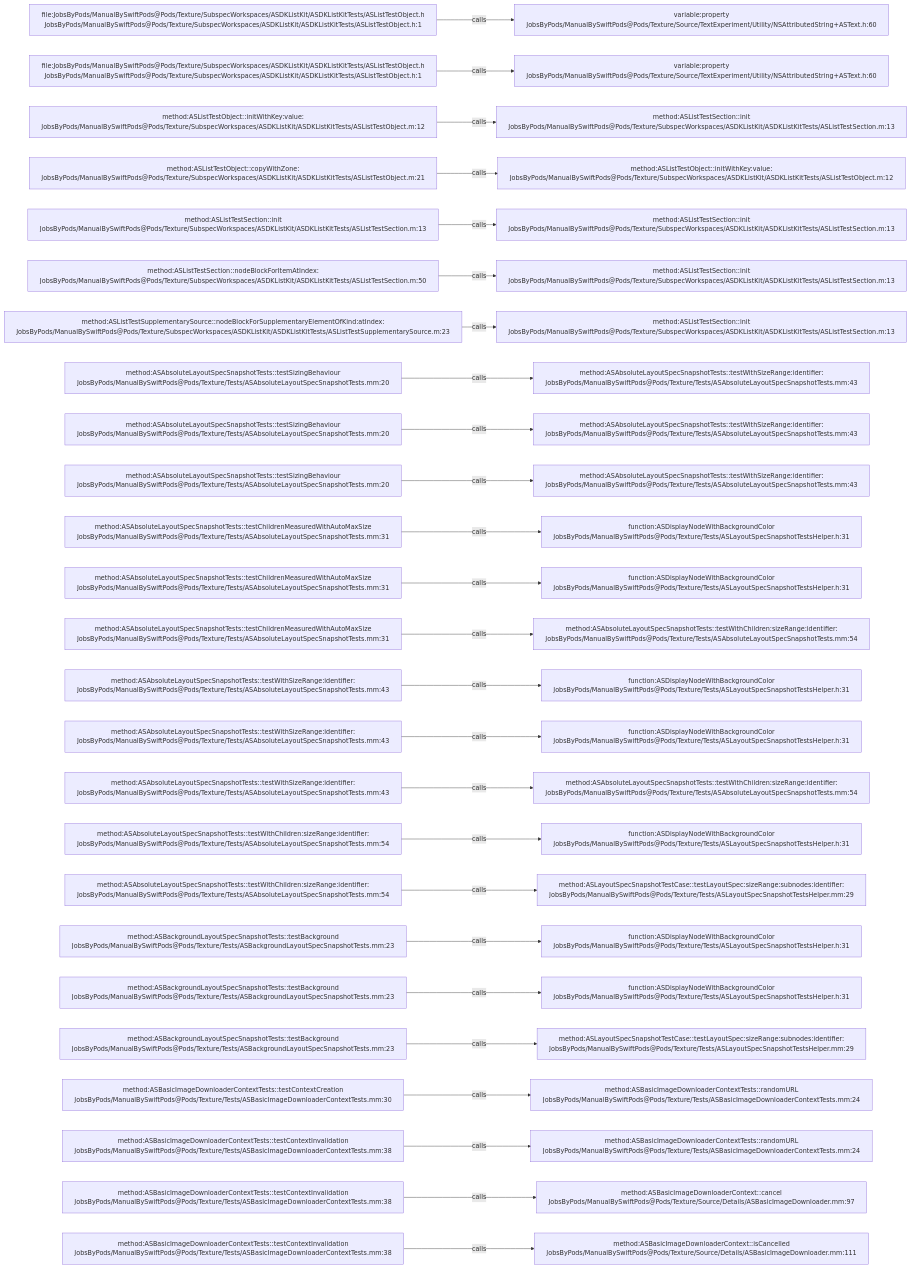
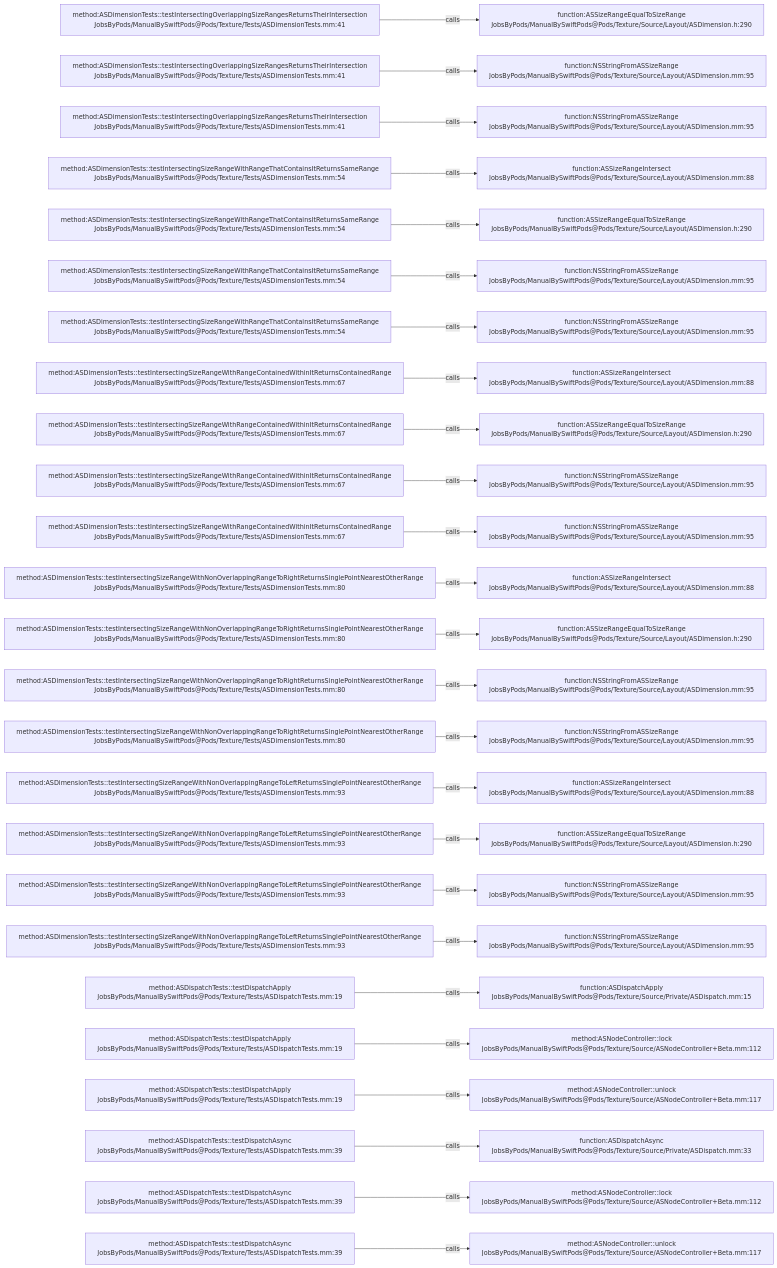
One commit to JobsKits/JobsSwiftBaseConfigDemo changed the diagram in .codegraph/codegraph.md/graphs/calls-179.md. Above: the diagram before and after it, drawn with Mermaid. The commit also changed 832 other files, not shown here.

````diff
--- a/.codegraph/codegraph.md/graphs/calls-179.md
+++ b/.codegraph/codegraph.md/graphs/calls-179.md
@@ -13,78 +13,78 @@
 ```mermaid
 flowchart LR
-  S1["file:JobsByPods/ManualBySwiftPods@Pods/Texture/SubspecWorkspaces/ASDKListKit/ASDKListKitTests/ASListTestObject.h<br/>JobsByPods/ManualBySwiftPods@Pods/Texture/SubspecWorkspaces/ASDKListKit/ASDKListKitTests/ASListTestObject.h:1"]
-  T1["variable:property<br/>JobsByPods/ManualBySwiftPods@Pods/Texture/Source/TextExperiment/Utility/NSAttributedString+ASText.h:60"]
+  S1["method:ASDimensionTests::testIntersectingOverlappingSizeRangesReturnsTheirIntersection<br/>JobsByPods/ManualBySwiftPods@Pods/Texture/Tests/ASDimensionTests.mm:41"]
+  T1["function:ASSizeRangeEqualToSizeRange<br/>JobsByPods/ManualBySwiftPods@Pods/Texture/Source/Layout/ASDimension.h:290"]
   S1 -->|calls| T1
-  S2["file:JobsByPods/ManualBySwiftPods@Pods/Texture/SubspecWorkspaces/ASDKListKit/ASDKListKitTests/ASListTestObject.h<br/>JobsByPods/ManualBySwiftPods@Pods/Texture/SubspecWorkspaces/ASDKListKit/ASDKListKitTests/ASListTestObject.h:1"]
-  T2["variable:property<br/>JobsByPods/ManualBySwiftPods@Pods/Texture/Source/TextExperiment/Utility/NSAttributedString+ASText.h:60"]
+  S2["method:ASDimensionTests::testIntersectingOverlappingSizeRangesReturnsTheirIntersection<br/>JobsByPods/ManualBySwiftPods@Pods/Texture/Tests/ASDimensionTests.mm:41"]
+  T2["function:NSStringFromASSizeRange<br/>JobsByPods/ManualBySwiftPods@Pods/Texture/Source/Layout/ASDimension.mm:95"]
   S2 -->|calls| T2
-  S3["method:ASListTestObject::initWithKey:value:<br/>JobsByPods/ManualBySwiftPods@Pods/Texture/SubspecWorkspaces/ASDKListKit/ASDKListKitTests/ASListTestObject.m:12"]
-  T3["method:ASListTestSection::init<br/>JobsByPods/ManualBySwiftPods@Pods/Texture/SubspecWorkspaces/ASDKListKit/ASDKListKitTests/ASListTestSection.m:13"]
+  S3["method:ASDimensionTests::testIntersectingOverlappingSizeRangesReturnsTheirIntersection<br/>JobsByPods/ManualBySwiftPods@Pods/Texture/Tests/ASDimensionTests.mm:41"]
+  T3["function:NSStringFromASSizeRange<br/>JobsByPods/ManualBySwiftPods@Pods/Texture/Source/Layout/ASDimension.mm:95"]
   S3 -->|calls| T3
-  S4["method:ASListTestObject::copyWithZone:<br/>JobsByPods/ManualBySwiftPods@Pods/Texture/SubspecWorkspaces/ASDKListKit/ASDKListKitTests/ASListTestObject.m:21"]
-  T4["method:ASListTestObject::initWithKey:value:<br/>JobsByPods/ManualBySwiftPods@Pods/Texture/SubspecWorkspaces/ASDKListKit/ASDKListKitTests/ASListTestObject.m:12"]
+  S4["method:ASDimensionTests::testIntersectingSizeRangeWithRangeThatContainsItReturnsSameRange<br/>JobsByPods/ManualBySwiftPods@Pods/Texture/Tests/ASDimensionTests.mm:54"]
+  T4["function:ASSizeRangeIntersect<br/>JobsByPods/ManualBySwiftPods@Pods/Texture/Source/Layout/ASDimension.mm:88"]
   S4 -->|calls| T4
-  S5["method:ASListTestSection::init<br/>JobsByPods/ManualBySwiftPods@Pods/Texture/SubspecWorkspaces/ASDKListKit/ASDKListKitTests/ASListTestSection.m:13"]
-  T5["method:ASListTestSection::init<br/>JobsByPods/ManualBySwiftPods@Pods/Texture/SubspecWorkspaces/ASDKListKit/ASDKListKitTests/ASListTestSection.m:13"]
+  S5["method:ASDimensionTests::testIntersectingSizeRangeWithRangeThatContainsItReturnsSameRange<br/>JobsByPods/ManualBySwiftPods@Pods/Texture/Tests/ASDimensionTests.mm:54"]
+  T5["function:ASSizeRangeEqualToSizeRange<br/>JobsByPods/ManualBySwiftPods@Pods/Texture/Source/Layout/ASDimension.h:290"]
   S5 -->|calls| T5
-  S6["method:ASListTestSection::nodeBlockForItemAtIndex:<br/>JobsByPods/ManualBySwiftPods@Pods/Texture/SubspecWorkspaces/ASDKListKit/ASDKListKitTests/ASListTestSection.m:50"]
-  T6["method:ASListTestSection::init<br/>JobsByPods/ManualBySwiftPods@Pods/Texture/SubspecWorkspaces/ASDKListKit/ASDKListKitTests/ASListTestSection.m:13"]
+  S6["method:ASDimensionTests::testIntersectingSizeRangeWithRangeThatContainsItReturnsSameRange<br/>JobsByPods/ManualBySwiftPods@Pods/Texture/Tests/ASDimensionTests.mm:54"]
+  T6["function:NSStringFromASSizeRange<br/>JobsByPods/ManualBySwiftPods@Pods/Texture/Source/Layout/ASDimension.mm:95"]
   S6 -->|calls| T6
-  S7["method:ASListTestSupplementarySource::nodeBlockForSupplementaryElementOfKind:atIndex:<br/>JobsByPods/ManualBySwiftPods@Pods/Texture/SubspecWorkspaces/ASDKListKit/ASDKListKitTests/ASListTestSupplementarySource.m:23"]
-  T7["method:ASListTestSection::init<br/>JobsByPods/ManualBySwiftPods@Pods/Texture/SubspecWorkspaces/ASDKListKit/ASDKListKitTests/ASListTestSection.m:13"]
+  S7["method:ASDimensionTests::testIntersectingSizeRangeWithRangeThatContainsItReturnsSameRange<br/>JobsByPods/ManualBySwiftPods@Pods/Texture/Tests/ASDimensionTests.mm:54"]
+  T7["function:NSStringFromASSizeRange<br/>JobsByPods/ManualBySwiftPods@Pods/Texture/Source/Layout/ASDimension.mm:95"]
   S7 -->|calls| T7
-  S8["method:ASAbsoluteLayoutSpecSnapshotTests::testSizingBehaviour<br/>JobsByPods/ManualBySwiftPods@Pods/Texture/Tests/ASAbsoluteLayoutSpecSnapshotTests.mm:20"]
-  T8["method:ASAbsoluteLayoutSpecSnapshotTests::testWithSizeRange:identifier:<br/>JobsByPods/ManualBySwiftPods@Pods/Texture/Tests/ASAbsoluteLayoutSpecSnapshotTests.mm:43"]
+  S8["method:ASDimensionTests::testIntersectingSizeRangeWithRangeContainedWithinItReturnsContainedRange<br/>JobsByPods/ManualBySwiftPods@Pods/Texture/Tests/ASDimensionTests.mm:67"]
+  T8["function:ASSizeRangeIntersect<br/>JobsByPods/ManualBySwiftPods@Pods/Texture/Source/Layout/ASDimension.mm:88"]
   S8 -->|calls| T8
-  S9["method:ASAbsoluteLayoutSpecSnapshotTests::testSizingBehaviour<br/>JobsByPods/ManualBySwiftPods@Pods/Texture/Tests/ASAbsoluteLayoutSpecSnapshotTests.mm:20"]
-  T9["method:ASAbsoluteLayoutSpecSnapshotTests::testWithSizeRange:identifier:<br/>JobsByPods/ManualBySwiftPods@Pods/Texture/Tests/ASAbsoluteLayoutSpecSnapshotTests.mm:43"]
+  S9["method:ASDimensionTests::testIntersectingSizeRangeWithRangeContainedWithinItReturnsContainedRange<br/>JobsByPods/ManualBySwiftPods@Pods/Texture/Tests/ASDimensionTests.mm:67"]
+  T9["function:ASSizeRangeEqualToSizeRange<br/>JobsByPods/ManualBySwiftPods@Pods/Texture/Source/Layout/ASDimension.h:290"]
   S9 -->|calls| T9
-  S10["method:ASAbsoluteLayoutSpecSnapshotTests::testSizingBehaviour<br/>JobsByPods/ManualBySwiftPods@Pods/Texture/Tests/ASAbsoluteLayoutSpecSnapshotTests.mm:20"]
-  T10["method:ASAbsoluteLayoutSpecSnapshotTests::testWithSizeRange:identifier:<br/>JobsByPods/ManualBySwiftPods@Pods/Texture/Tests/ASAbsoluteLayoutSpecSnapshotTests.mm:43"]
+  S10["method:ASDimensionTests::testIntersectingSizeRangeWithRangeContainedWithinItReturnsContainedRange<br/>JobsByPods/ManualBySwiftPods@Pods/Texture/Tests/ASDimensionTests.mm:67"]
+  T10["function:NSStringFromASSizeRange<br/>JobsByPods/ManualBySwiftPods@Pods/Texture/Source/Layout/ASDimension.mm:95"]
   S10 -->|calls| T10
-  S11["method:ASAbsoluteLayoutSpecSnapshotTests::testChildrenMeasuredWithAutoMaxSize<br/>JobsByPods/ManualBySwiftPods@Pods/Texture/Tests/ASAbsoluteLayoutSpecSnapshotTests.mm:31"]
-  T11["function:ASDisplayNodeWithBackgroundColor<br/>JobsByPods/ManualBySwiftPods@Pods/Texture/Tests/ASLayoutSpecSnapshotTestsHelper.h:31"]
+  S11["method:ASDimensionTests::testIntersectingSizeRangeWithRangeContainedWithinItReturnsContainedRange<br/>JobsByPods/ManualBySwiftPods@Pods/Texture/Tests/ASDimensionTests.mm:67"]
+  T11["function:NSStringFromASSizeRange<br/>JobsByPods/ManualBySwiftPods@Pods/Texture/Source/Layout/ASDimension.mm:95"]
   S11 -->|calls| T11
-  S12["method:ASAbsoluteLayoutSpecSnapshotTests::testChildrenMeasuredWithAutoMaxSize<br/>JobsByPods/ManualBySwiftPods@Pods/Texture/Tests/ASAbsoluteLayoutSpecSnapshotTests.mm:31"]
-  T12["function:ASDisplayNodeWithBackgroundColor<br/>JobsByPods/ManualBySwiftPods@Pods/Texture/Tests/ASLayoutSpecSnapshotTestsHelper.h:31"]
+  S12["method:ASDimensionTests::testIntersectingSizeRangeWithNonOverlappingRangeToRightReturnsSinglePointNearestOtherRange<br/>JobsByPods/ManualBySwiftPods@Pods/Texture/Tests/ASDimensionTests.mm:80"]
+  T12["function:ASSizeRangeIntersect<br/>JobsByPods/ManualBySwiftPods@Pods/Texture/Source/Layout/ASDimension.mm:88"]
   S12 -->|calls| T12
-  S13["method:ASAbsoluteLayoutSpecSnapshotTests::testChildrenMeasuredWithAutoMaxSize<br/>JobsByPods/ManualBySwiftPods@Pods/Texture/Tests/ASAbsoluteLayoutSpecSnapshotTests.mm:31"]
-  T13["method:ASAbsoluteLayoutSpecSnapshotTests::testWithChildren:sizeRange:identifier:<br/>JobsByPods/ManualBySwiftPods@Pods/Texture/Tests/ASAbsoluteLayoutSpecSnapshotTests.mm:54"]
+  S13["method:ASDimensionTests::testIntersectingSizeRangeWithNonOverlappingRangeToRightReturnsSinglePointNearestOtherRange<br/>JobsByPods/ManualBySwiftPods@Pods/Texture/Tests/ASDimensionTests.mm:80"]
+  T13["function:ASSizeRangeEqualToSizeRange<br/>JobsByPods/ManualBySwiftPods@Pods/Texture/Source/Layout/ASDimension.h:290"]
   S13 -->|calls| T13
-  S14["method:ASAbsoluteLayoutSpecSnapshotTests::testWithSizeRange:identifier:<br/>JobsByPods/ManualBySwiftPods@Pods/Texture/Tests/ASAbsoluteLayoutSpecSnapshotTests.mm:43"]
-  T14["function:ASDisplayNodeWithBackgroundColor<br/>JobsByPods/ManualBySwiftPods@Pods/Texture/Tests/ASLayoutSpecSnapshotTestsHelper.h:31"]
+  S14["method:ASDimensionTests::testIntersectingSizeRangeWithNonOverlappingRangeToRightReturnsSinglePointNearestOtherRange<br/>JobsByPods/ManualBySwiftPods@Pods/Texture/Tests/ASDimensionTests.mm:80"]
+  T14["function:NSStringFromASSizeRange<br/>JobsByPods/ManualBySwiftPods@Pods/Texture/Source/Layout/ASDimension.mm:95"]
   S14 -->|calls| T14
-  S15["method:ASAbsoluteLayoutSpecSnapshotTests::testWithSizeRange:identifier:<br/>JobsByPods/ManualBySwiftPods@Pods/Texture/Tests/ASAbsoluteLayoutSpecSnapshotTests.mm:43"]
-  T15["function:ASDisplayNodeWithBackgroundColor<br/>JobsByPods/ManualBySwiftPods@Pods/Texture/Tests/ASLayoutSpecSnapshotTestsHelper.h:31"]
+  S15["method:ASDimensionTests::testIntersectingSizeRangeWithNonOverlappingRangeToRightReturnsSinglePointNearestOtherRange<br/>JobsByPods/ManualBySwiftPods@Pods/Texture/Tests/ASDimensionTests.mm:80"]
+  T15["function:NSStringFromASSizeRange<br/>JobsByPods/ManualBySwiftPods@Pods/Texture/Source/Layout/ASDimension.mm:95"]
   S15 -->|calls| T15
-  S16["method:ASAbsoluteLayoutSpecSnapshotTests::testWithSizeRange:identifier:<br/>JobsByPods/ManualBySwiftPods@Pods/Texture/Tests/ASAbsoluteLayoutSpecSnapshotTests.mm:43"]
-  T16["method:ASAbsoluteLayoutSpecSnapshotTests::testWithChildren:sizeRange:identifier:<br/>JobsByPods/ManualBySwiftPods@Pods/Texture/Tests/ASAbsoluteLayoutSpecSnapshotTests.mm:54"]
+  S16["method:ASDimensionTests::testIntersectingSizeRangeWithNonOverlappingRangeToLeftReturnsSinglePointNearestOtherRange<br/>JobsByPods/ManualBySwiftPods@Pods/Texture/Tests/ASDimensionTests.mm:93"]
+  T16["function:ASSizeRangeIntersect<br/>JobsByPods/ManualBySwiftPods@Pods/Texture/Source/Layout/ASDimension.mm:88"]
   S16 -->|calls| T16
-  S17["method:ASAbsoluteLayoutSpecSnapshotTests::testWithChildren:sizeRange:identifier:<br/>JobsByPods/ManualBySwiftPods@Pods/Texture/Tests/ASAbsoluteLayoutSpecSnapshotTests.mm:54"]
-  T17["function:ASDisplayNodeWithBackgroundColor<br/>JobsByPods/ManualBySwiftPods@Pods/Texture/Tests/ASLayoutSpecSnapshotTestsHelper.h:31"]
+  S17["method:ASDimensionTests::testIntersectingSizeRangeWithNonOverlappingRangeToLeftReturnsSinglePointNearestOtherRange<br/>JobsByPods/ManualBySwiftPods@Pods/Texture/Tests/ASDimensionTests.mm:93"]
+  T17["function:ASSizeRangeEqualToSizeRange<br/>JobsByPods/ManualBySwiftPods@Pods/Texture/Source/Layout/ASDimension.h:290"]
   S17 -->|calls| T17
-  S18["method:ASAbsoluteLayoutSpecSnapshotTests::testWithChildren:sizeRange:identifier:<br/>JobsByPods/ManualBySwiftPods@Pods/Texture/Tests/ASAbsoluteLayoutSpecSnapshotTests.mm:54"]
-  T18["method:ASLayoutSpecSnapshotTestCase::testLayoutSpec:sizeRange:subnodes:identifier:<br/>JobsByPods/ManualBySwiftPods@Pods/Texture/Tests/ASLayoutSpecSnapshotTestsHelper.mm:29"]
+  S18["method:ASDimensionTests::testIntersectingSizeRangeWithNonOverlappingRangeToLeftReturnsSinglePointNearestOtherRange<br/>JobsByPods/ManualBySwiftPods@Pods/Texture/Tests/ASDimensionTests.mm:93"]
+  T18["function:NSStringFromASSizeRange<br/>JobsByPods/ManualBySwiftPods@Pods/Texture/Source/Layout/ASDimension.mm:95"]
   S18 -->|calls| T18
-  S19["method:ASBackgroundLayoutSpecSnapshotTests::testBackground<br/>JobsByPods/ManualBySwiftPods@Pods/Texture/Tests/ASBackgroundLayoutSpecSnapshotTests.mm:23"]
-  T19["function:ASDisplayNodeWithBackgroundColor<br/>JobsByPods/ManualBySwiftPods@Pods/Texture/Tests/ASLayoutSpecSnapshotTestsHelper.h:31"]
+  S19["method:ASDimensionTests::testIntersectingSizeRangeWithNonOverlappingRangeToLeftReturnsSinglePointNearestOtherRange<br/>JobsByPods/ManualBySwiftPods@Pods/Texture/Tests/ASDimensionTests.mm:93"]
+  T19["function:NSStringFromASSizeRange<br/>JobsByPods/ManualBySwiftPods@Pods/Texture/Source/Layout/ASDimension.mm:95"]
   S19 -->|calls| T19
-  S20["method:ASBackgroundLayoutSpecSnapshotTests::testBackground<br/>JobsByPods/ManualBySwiftPods@Pods/Texture/Tests/ASBackgroundLayoutSpecSnapshotTests.mm:23"]
-  T20["function:ASDisplayNodeWithBackgroundColor<br/>JobsByPods/ManualBySwiftPods@Pods/Texture/Tests/ASLayoutSpecSnapshotTestsHelper.h:31"]
+  S20["method:ASDispatchTests::testDispatchApply<br/>JobsByPods/ManualBySwiftPods@Pods/Texture/Tests/ASDispatchTests.mm:19"]
+  T20["function:ASDispatchApply<br/>JobsByPods/ManualBySwiftPods@Pods/Texture/Source/Private/ASDispatch.mm:15"]
   S20 -->|calls| T20
-  S21["method:ASBackgroundLayoutSpecSnapshotTests::testBackground<br/>JobsByPods/ManualBySwiftPods@Pods/Texture/Tests/ASBackgroundLayoutSpecSnapshotTests.mm:23"]
-  T21["method:ASLayoutSpecSnapshotTestCase::testLayoutSpec:sizeRange:subnodes:identifier:<br/>JobsByPods/ManualBySwiftPods@Pods/Texture/Tests/ASLayoutSpecSnapshotTestsHelper.mm:29"]
+  S21["method:ASDispatchTests::testDispatchApply<br/>JobsByPods/ManualBySwiftPods@Pods/Texture/Tests/ASDispatchTests.mm:19"]
+  T21["method:ASNodeController::lock<br/>JobsByPods/ManualBySwiftPods@Pods/Texture/Source/ASNodeController+Beta.mm:112"]
   S21 -->|calls| T21
-  S22["method:ASBasicImageDownloaderContextTests::testContextCreation<br/>JobsByPods/ManualBySwiftPods@Pods/Texture/Tests/ASBasicImageDownloaderContextTests.mm:30"]
-  T22["method:ASBasicImageDownloaderContextTests::randomURL<br/>JobsByPods/ManualBySwiftPods@Pods/Texture/Tests/ASBasicImageDownloaderContextTests.mm:24"]
+  S22["method:ASDispatchTests::testDispatchApply<br/>JobsByPods/ManualBySwiftPods@Pods/Texture/Tests/ASDispatchTests.mm:19"]
+  T22["method:ASNodeController::unlock<br/>JobsByPods/ManualBySwiftPods@Pods/Texture/Source/ASNodeController+Beta.mm:117"]
   S22 -->|calls| T22
-  S23["method:ASBasicImageDownloaderContextTests::testContextInvalidation<br/>JobsByPods/ManualBySwiftPods@Pods/Texture/Tests/ASBasicImageDownloaderContextTests.mm:38"]
-  T23["method:ASBasicImageDownloaderContextTests::randomURL<br/>JobsByPods/ManualBySwiftPods@Pods/Texture/Tests/ASBasicImageDownloaderContextTests.mm:24"]
+  S23["method:ASDispatchTests::testDispatchAsync<br/>JobsByPods/ManualBySwiftPods@Pods/Texture/Tests/ASDispatchTests.mm:39"]
+  T23["function:ASDispatchAsync<br/>JobsByPods/ManualBySwiftPods@Pods/Texture/Source/Private/ASDispatch.mm:33"]
   S23 -->|calls| T23
-  S24["method:ASBasicImageDownloaderContextTests::testContextInvalidation<br/>JobsByPods/ManualBySwiftPods@Pods/Texture/Tests/ASBasicImageDownloaderContextTests.mm:38"]
-  T24["method:ASBasicImageDownloaderContext::cancel<br/>JobsByPods/ManualBySwiftPods@Pods/Texture/Source/Details/ASBasicImageDownloader.mm:97"]
+  S24["method:ASDispatchTests::testDispatchAsync<br/>JobsByPods/ManualBySwiftPods@Pods/Texture/Tests/ASDispatchTests.mm:39"]
+  T24["method:ASNodeController::lock<br/>JobsByPods/ManualBySwiftPods@Pods/Texture/Source/ASNodeController+Beta.mm:112"]
   S24 -->|calls| T24
-  S25["method:ASBasicImageDownloaderContextTests::testContextInvalidation<br/>JobsByPods/ManualBySwiftPods@Pods/Texture/Tests/ASBasicImageDownloaderContextTests.mm:38"]
-  T25["method:ASBasicImageDownloaderContext::isCancelled<br/>JobsByPods/ManualBySwiftPods@Pods/Texture/Source/Details/ASBasicImageDownloader.mm:111"]
+  S25["method:ASDispatchTests::testDispatchAsync<br/>JobsByPods/ManualBySwiftPods@Pods/Texture/Tests/ASDispatchTests.mm:39"]
+  T25["method:ASNodeController::unlock<br/>JobsByPods/ManualBySwiftPods@Pods/Texture/Source/ASNodeController+Beta.mm:117"]
   S25 -->|calls| T25
 ```
````
